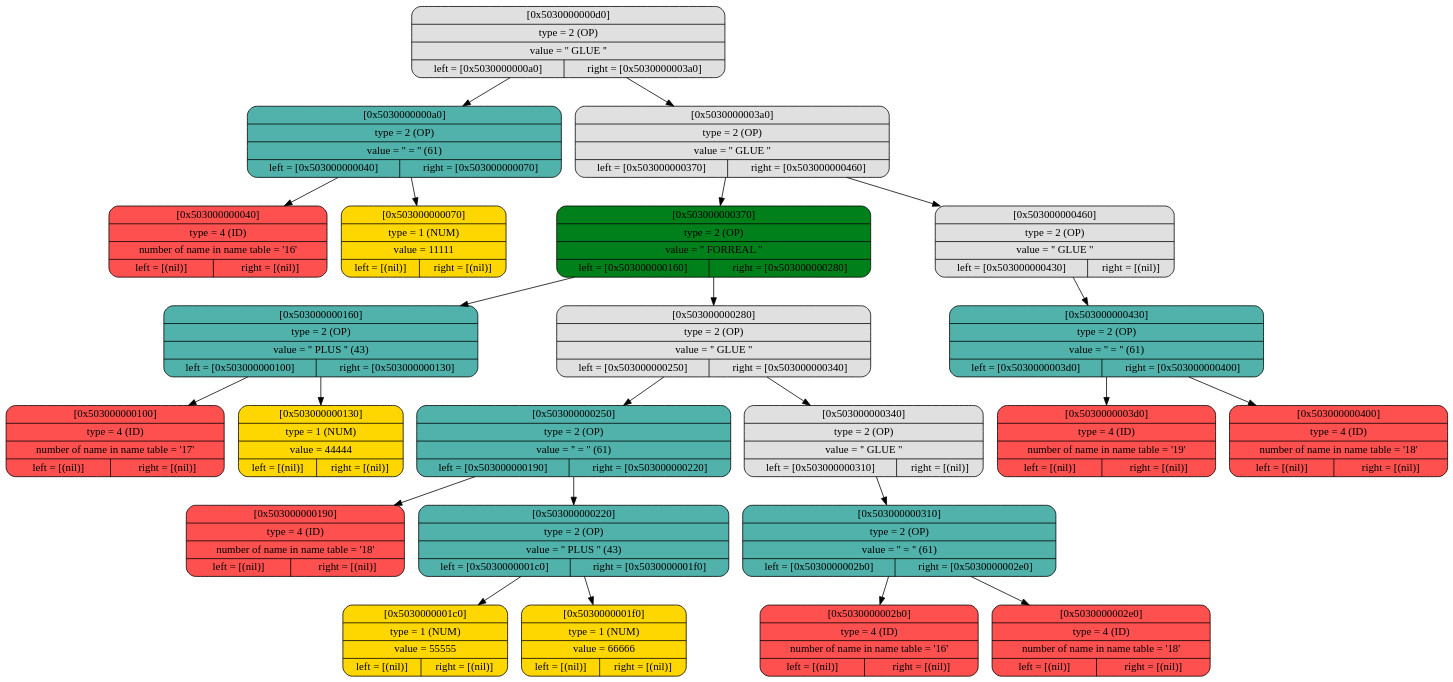
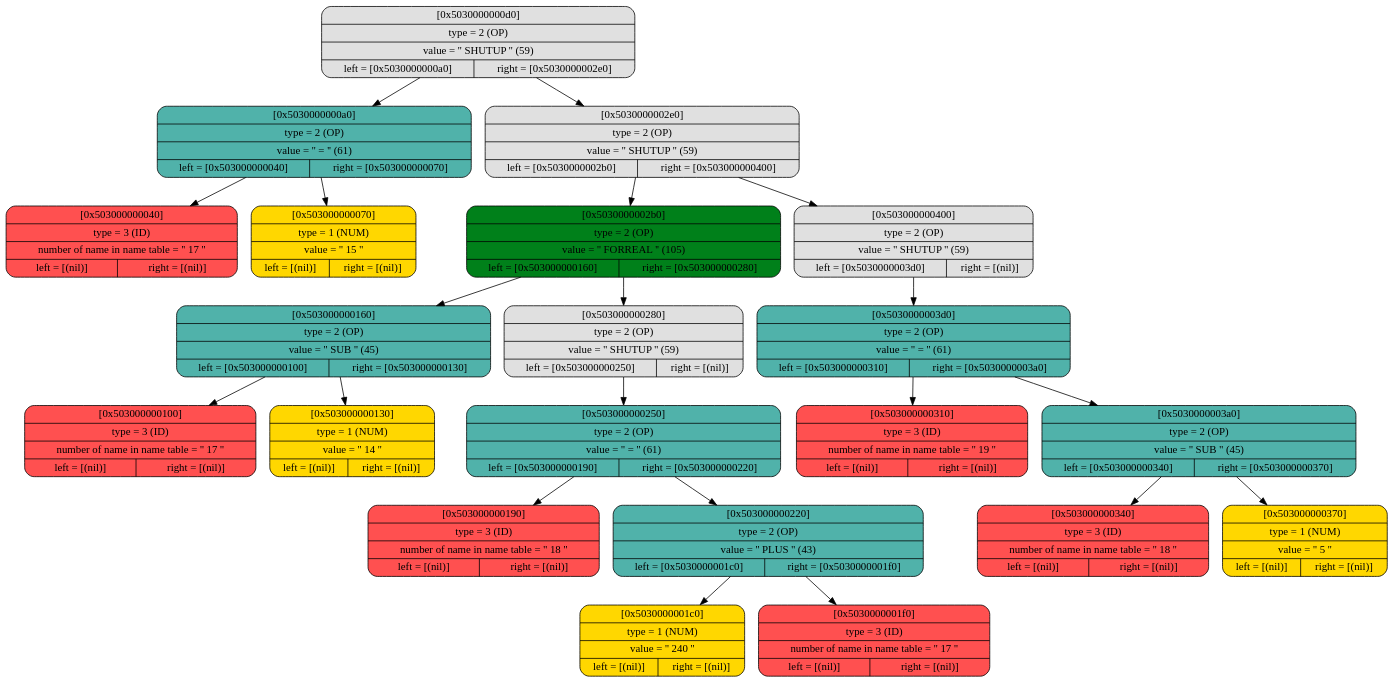
One commit to daniilgriga/MyProgrammingLanguage changed the diagram in build/graph_tree.dot. Above: the diagram before and after it, drawn with Graphviz. The commit also changed 11 other files, not shown here.

```diff
--- a/build/graph_tree.dot
+++ b/build/graph_tree.dot
@@ -1,50 +1,46 @@
 digraph
 {
 bgcolor="transparent"
-node0x5030000000d0 [shape=Mrecord; label = " { [0x5030000000d0] | type = 2 (OP)   | value = '' GLUE ''  | { left = [0x5030000000a0] | right = [0x5030000003a0] } }"; style = filled; fillcolor = "#E0E0E0"];
+node0x5030000000d0 [shape=Mrecord; label = " { [0x5030000000d0] | type = 2 (OP)   | value = '' SHUTUP ''  (59) | { left = [0x5030000000a0] | right = [0x5030000002e0] } }"; style = filled; fillcolor = "#E0E0E0"];
 node0x5030000000d0 -> node0x5030000000a0;
-node0x5030000000d0 -> node0x5030000003a0;
+node0x5030000000d0 -> node0x5030000002e0;
 node0x5030000000a0 [shape=Mrecord; label = " { [0x5030000000a0] | type = 2 (OP)   | value = '' = ''  (61) | { left = [0x503000000040] | right = [0x503000000070] } }"; style = filled; fillcolor = "#50B2AA"];
 node0x5030000000a0 -> node0x503000000040;
 node0x5030000000a0 -> node0x503000000070;
-node0x503000000040 [shape=Mrecord; label = " { [0x503000000040] | type = 4 (ID)   | number of name in name table = '16' | { left = [(nil)] | right = [(nil)] } }"; style = filled; fillcolor = "#FF5050"];
-node0x503000000070 [shape=Mrecord; label = " { [0x503000000070] | type = 1 (NUM)  | value = 11111   | { left = [(nil)] | right = [(nil)] } }"; style = filled; fillcolor = "#FFD700"];
-node0x5030000003a0 [shape=Mrecord; label = " { [0x5030000003a0] | type = 2 (OP)   | value = '' GLUE ''  | { left = [0x503000000370] | right = [0x503000000460] } }"; style = filled; fillcolor = "#E0E0E0"];
-node0x5030000003a0 -> node0x503000000370;
-node0x5030000003a0 -> node0x503000000460;
-node0x503000000370 [shape=Mrecord; label = " { [0x503000000370] | type = 2 (OP)   | value = '' FORREAL ''  | { left = [0x503000000160] | right = [0x503000000280] } }"; style = filled; fillcolor = "#00801A"];
-node0x503000000370 -> node0x503000000160;
-node0x503000000370 -> node0x503000000280;
-node0x503000000160 [shape=Mrecord; label = " { [0x503000000160] | type = 2 (OP)   | value = '' PLUS ''  (43) | { left = [0x503000000100] | right = [0x503000000130] } }"; style = filled; fillcolor = "#50B2AA"];
+node0x503000000040 [shape=Mrecord; label = " { [0x503000000040] | type = 3 (ID)   | number of name in name table = '' 17 '' | { left = [(nil)] | right = [(nil)] } }"; style = filled; fillcolor = "#FF5050"];
+node0x503000000070 [shape=Mrecord; label = " { [0x503000000070] | type = 1 (NUM)  | value = '' 15 ''  | { left = [(nil)] | right = [(nil)] } }"; style = filled; fillcolor = "#FFD700"];
+node0x5030000002e0 [shape=Mrecord; label = " { [0x5030000002e0] | type = 2 (OP)   | value = '' SHUTUP ''  (59) | { left = [0x5030000002b0] | right = [0x503000000400] } }"; style = filled; fillcolor = "#E0E0E0"];
+node0x5030000002e0 -> node0x5030000002b0;
+node0x5030000002e0 -> node0x503000000400;
+node0x5030000002b0 [shape=Mrecord; label = " { [0x5030000002b0] | type = 2 (OP)   | value = '' FORREAL ''  (105) | { left = [0x503000000160] | right = [0x503000000280] } }"; style = filled; fillcolor = "#00801A"];
+node0x5030000002b0 -> node0x503000000160;
+node0x5030000002b0 -> node0x503000000280;
+node0x503000000160 [shape=Mrecord; label = " { [0x503000000160] | type = 2 (OP)   | value = '' SUB ''  (45) | { left = [0x503000000100] | right = [0x503000000130] } }"; style = filled; fillcolor = "#50B2AA"];
 node0x503000000160 -> node0x503000000100;
 node0x503000000160 -> node0x503000000130;
-node0x503000000100 [shape=Mrecord; label = " { [0x503000000100] | type = 4 (ID)   | number of name in name table = '17' | { left = [(nil)] | right = [(nil)] } }"; style = filled; fillcolor = "#FF5050"];
-node0x503000000130 [shape=Mrecord; label = " { [0x503000000130] | type = 1 (NUM)  | value = 44444   | { left = [(nil)] | right = [(nil)] } }"; style = filled; fillcolor = "#FFD700"];
-node0x503000000280 [shape=Mrecord; label = " { [0x503000000280] | type = 2 (OP)   | value = '' GLUE ''  | { left = [0x503000000250] | right = [0x503000000340] } }"; style = filled; fillcolor = "#E0E0E0"];
+node0x503000000100 [shape=Mrecord; label = " { [0x503000000100] | type = 3 (ID)   | number of name in name table = '' 17 '' | { left = [(nil)] | right = [(nil)] } }"; style = filled; fillcolor = "#FF5050"];
+node0x503000000130 [shape=Mrecord; label = " { [0x503000000130] | type = 1 (NUM)  | value = '' 14 ''  | { left = [(nil)] | right = [(nil)] } }"; style = filled; fillcolor = "#FFD700"];
+node0x503000000280 [shape=Mrecord; label = " { [0x503000000280] | type = 2 (OP)   | value = '' SHUTUP ''  (59) | { left = [0x503000000250] | right = [(nil)] } }"; style = filled; fillcolor = "#E0E0E0"];
 node0x503000000280 -> node0x503000000250;
-node0x503000000280 -> node0x503000000340;
 node0x503000000250 [shape=Mrecord; label = " { [0x503000000250] | type = 2 (OP)   | value = '' = ''  (61) | { left = [0x503000000190] | right = [0x503000000220] } }"; style = filled; fillcolor = "#50B2AA"];
 node0x503000000250 -> node0x503000000190;
 node0x503000000250 -> node0x503000000220;
-node0x503000000190 [shape=Mrecord; label = " { [0x503000000190] | type = 4 (ID)   | number of name in name table = '18' | { left = [(nil)] | right = [(nil)] } }"; style = filled; fillcolor = "#FF5050"];
+node0x503000000190 [shape=Mrecord; label = " { [0x503000000190] | type = 3 (ID)   | number of name in name table = '' 18 '' | { left = [(nil)] | right = [(nil)] } }"; style = filled; fillcolor = "#FF5050"];
 node0x503000000220 [shape=Mrecord; label = " { [0x503000000220] | type = 2 (OP)   | value = '' PLUS ''  (43) | { left = [0x5030000001c0] | right = [0x5030000001f0] } }"; style = filled; fillcolor = "#50B2AA"];
 node0x503000000220 -> node0x5030000001c0;
 node0x503000000220 -> node0x5030000001f0;
-node0x5030000001c0 [shape=Mrecord; label = " { [0x5030000001c0] | type = 1 (NUM)  | value = 55555   | { left = [(nil)] | right = [(nil)] } }"; style = filled; fillcolor = "#FFD700"];
-node0x5030000001f0 [shape=Mrecord; label = " { [0x5030000001f0] | type = 1 (NUM)  | value = 66666   | { left = [(nil)] | right = [(nil)] } }"; style = filled; fillcolor = "#FFD700"];
-node0x503000000340 [shape=Mrecord; label = " { [0x503000000340] | type = 2 (OP)   | value = '' GLUE ''  | { left = [0x503000000310] | right = [(nil)] } }"; style = filled; fillcolor = "#E0E0E0"];
-node0x503000000340 -> node0x503000000310;
-node0x503000000310 [shape=Mrecord; label = " { [0x503000000310] | type = 2 (OP)   | value = '' = ''  (61) | { left = [0x5030000002b0] | right = [0x5030000002e0] } }"; style = filled; fillcolor = "#50B2AA"];
-node0x503000000310 -> node0x5030000002b0;
-node0x503000000310 -> node0x5030000002e0;
-node0x5030000002b0 [shape=Mrecord; label = " { [0x5030000002b0] | type = 4 (ID)   | number of name in name table = '16' | { left = [(nil)] | right = [(nil)] } }"; style = filled; fillcolor = "#FF5050"];
-node0x5030000002e0 [shape=Mrecord; label = " { [0x5030000002e0] | type = 4 (ID)   | number of name in name table = '18' | { left = [(nil)] | right = [(nil)] } }"; style = filled; fillcolor = "#FF5050"];
-node0x503000000460 [shape=Mrecord; label = " { [0x503000000460] | type = 2 (OP)   | value = '' GLUE ''  | { left = [0x503000000430] | right = [(nil)] } }"; style = filled; fillcolor = "#E0E0E0"];
-node0x503000000460 -> node0x503000000430;
-node0x503000000430 [shape=Mrecord; label = " { [0x503000000430] | type = 2 (OP)   | value = '' = ''  (61) | { left = [0x5030000003d0] | right = [0x503000000400] } }"; style = filled; fillcolor = "#50B2AA"];
-node0x503000000430 -> node0x5030000003d0;
-node0x503000000430 -> node0x503000000400;
-node0x5030000003d0 [shape=Mrecord; label = " { [0x5030000003d0] | type = 4 (ID)   | number of name in name table = '19' | { left = [(nil)] | right = [(nil)] } }"; style = filled; fillcolor = "#FF5050"];
-node0x503000000400 [shape=Mrecord; label = " { [0x503000000400] | type = 4 (ID)   | number of name in name table = '18' | { left = [(nil)] | right = [(nil)] } }"; style = filled; fillcolor = "#FF5050"];
+node0x5030000001c0 [shape=Mrecord; label = " { [0x5030000001c0] | type = 1 (NUM)  | value = '' 240 ''  | { left = [(nil)] | right = [(nil)] } }"; style = filled; fillcolor = "#FFD700"];
+node0x5030000001f0 [shape=Mrecord; label = " { [0x5030000001f0] | type = 3 (ID)   | number of name in name table = '' 17 '' | { left = [(nil)] | right = [(nil)] } }"; style = filled; fillcolor = "#FF5050"];
+node0x503000000400 [shape=Mrecord; label = " { [0x503000000400] | type = 2 (OP)   | value = '' SHUTUP ''  (59) | { left = [0x5030000003d0] | right = [(nil)] } }"; style = filled; fillcolor = "#E0E0E0"];
+node0x503000000400 -> node0x5030000003d0;
+node0x5030000003d0 [shape=Mrecord; label = " { [0x5030000003d0] | type = 2 (OP)   | value = '' = ''  (61) | { left = [0x503000000310] | right = [0x5030000003a0] } }"; style = filled; fillcolor = "#50B2AA"];
+node0x5030000003d0 -> node0x503000000310;
+node0x5030000003d0 -> node0x5030000003a0;
+node0x503000000310 [shape=Mrecord; label = " { [0x503000000310] | type = 3 (ID)   | number of name in name table = '' 19 '' | { left = [(nil)] | right = [(nil)] } }"; style = filled; fillcolor = "#FF5050"];
+node0x5030000003a0 [shape=Mrecord; label = " { [0x5030000003a0] | type = 2 (OP)   | value = '' SUB ''  (45) | { left = [0x503000000340] | right = [0x503000000370] } }"; style = filled; fillcolor = "#50B2AA"];
+node0x5030000003a0 -> node0x503000000340;
+node0x5030000003a0 -> node0x503000000370;
+node0x503000000340 [shape=Mrecord; label = " { [0x503000000340] | type = 3 (ID)   | number of name in name table = '' 18 '' | { left = [(nil)] | right = [(nil)] } }"; style = filled; fillcolor = "#FF5050"];
+node0x503000000370 [shape=Mrecord; label = " { [0x503000000370] | type = 1 (NUM)  | value = '' 5 ''  | { left = [(nil)] | right = [(nil)] } }"; style = filled; fillcolor = "#FFD700"];
 
 }
```
